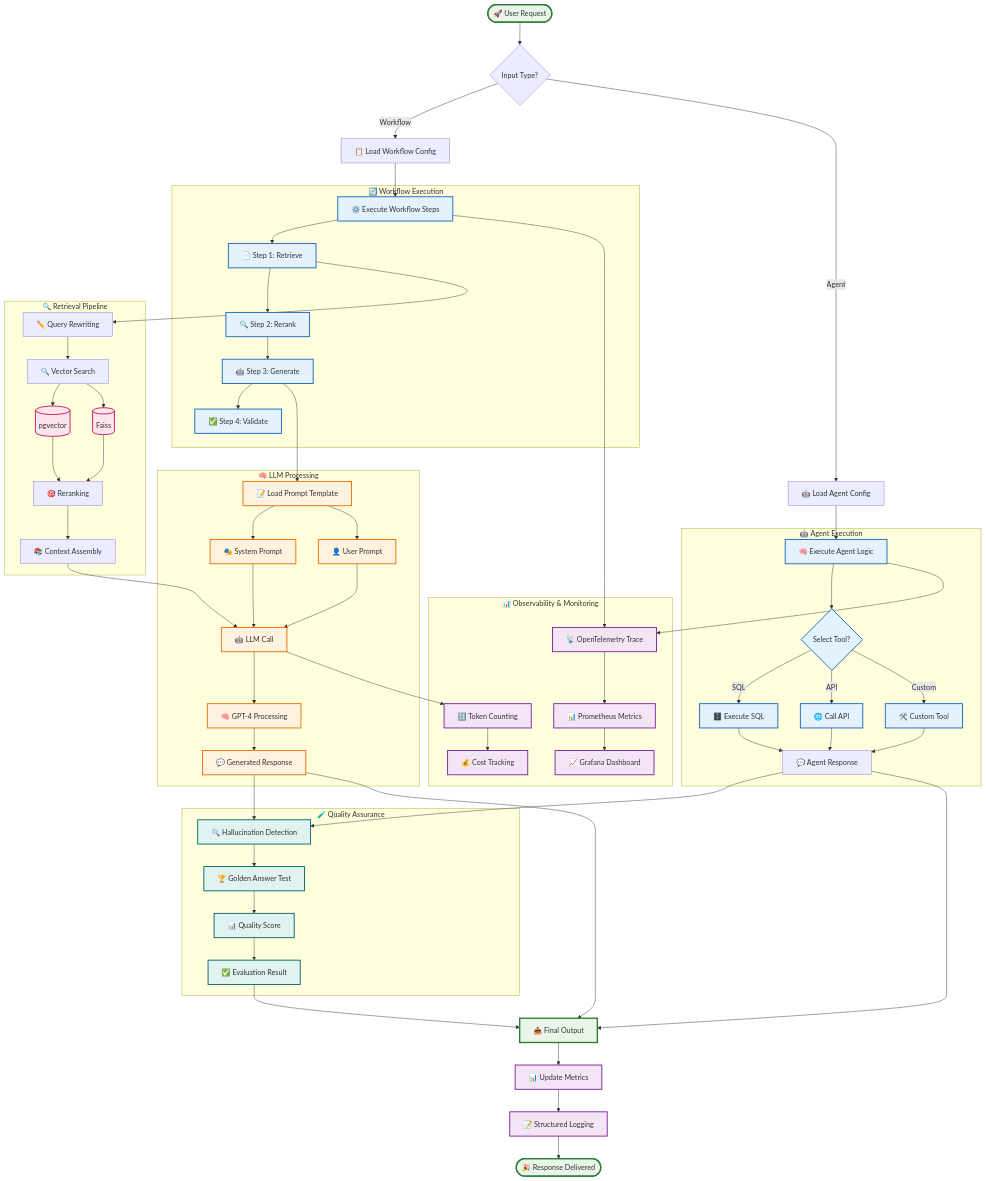
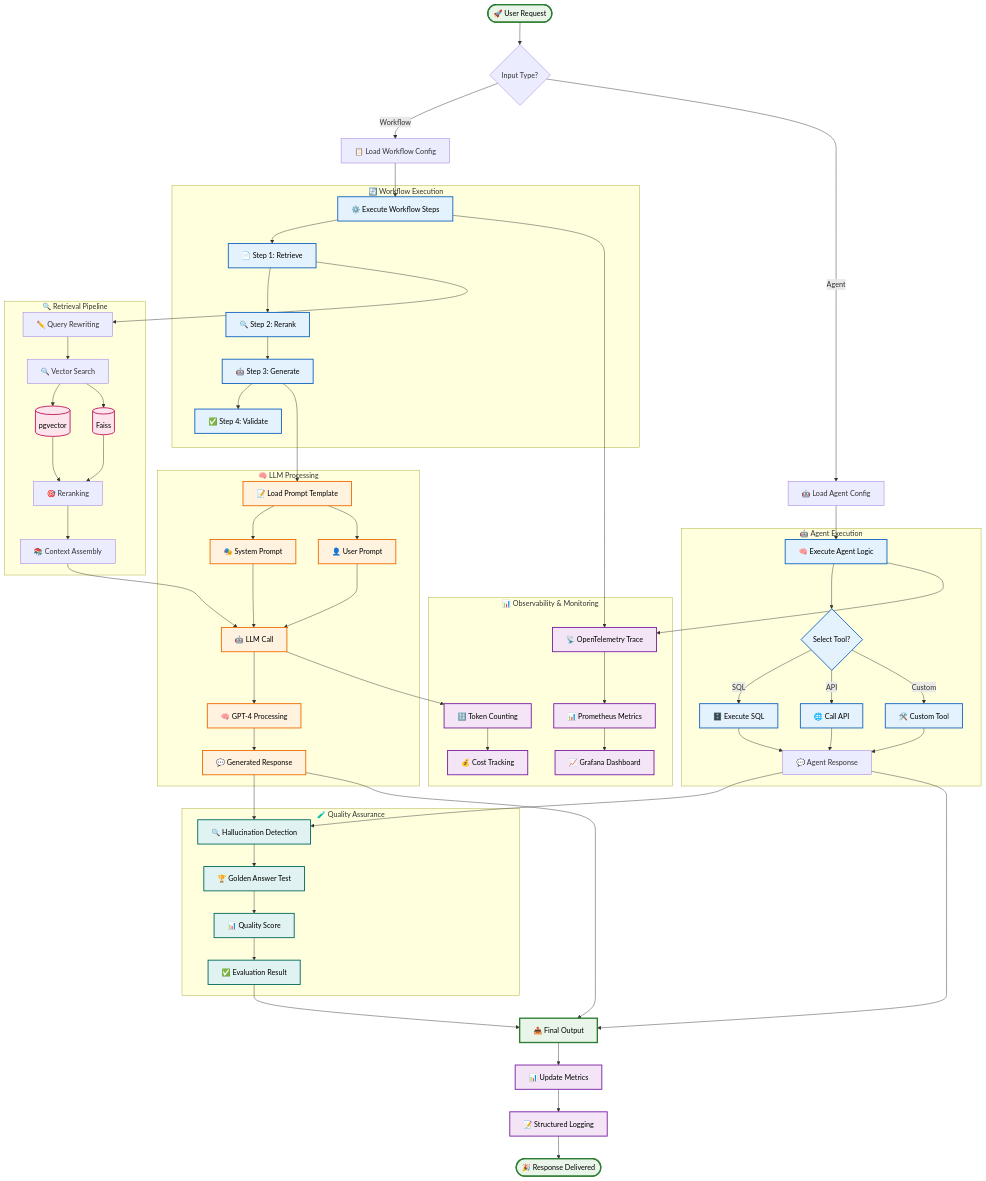
The second of 4 diagrams in README.md (vinitwadgaonkar/enterprise-genai-platform), drawn with Mermaid before and after one commit. The commit also changed other lines of this file, not shown here.

First line of the commit message:
🎨 Fix Mermaid diagram text readability

```diff
--- a/README.md
+++ b/README.md
@@ -309,13 +309,13 @@
     LOG_ENTRY --> END([🎉 Response Delivered])
     
     %% Styling
-    classDef start fill:#e8f5e8,stroke:#2e7d32,stroke-width:3px
-    classDef process fill:#e3f2fd,stroke:#1565c0,stroke-width:2px
-    classDef storage fill:#fce4ec,stroke:#c2185b,stroke-width:2px
-    classDef llm fill:#fff3e0,stroke:#ef6c00,stroke-width:2px
-    classDef observability fill:#f3e5f5,stroke:#7b1fa2,stroke-width:2px
-    classDef quality fill:#e0f2f1,stroke:#00695c,stroke-width:2px
-    classDef output fill:#e8f5e8,stroke:#2e7d32,stroke-width:3px
+    classDef start fill:#e8f5e8,stroke:#2e7d32,stroke-width:3px,color:#000
+    classDef process fill:#e3f2fd,stroke:#1565c0,stroke-width:2px,color:#000
+    classDef storage fill:#fce4ec,stroke:#c2185b,stroke-width:2px,color:#000
+    classDef llm fill:#fff3e0,stroke:#ef6c00,stroke-width:2px,color:#000
+    classDef observability fill:#f3e5f5,stroke:#7b1fa2,stroke-width:2px,color:#000
+    classDef quality fill:#e0f2f1,stroke:#00695c,stroke-width:2px,color:#000
+    classDef output fill:#e8f5e8,stroke:#2e7d32,stroke-width:3px,color:#000
     
     class START,END start
     class WORKFLOW_STEPS,AGENT_EXEC,STEP1,STEP2,STEP3,STEP4,TOOL_SELECTION,SQL_EXEC,API_EXEC,CUSTOM_EXEC process
```
